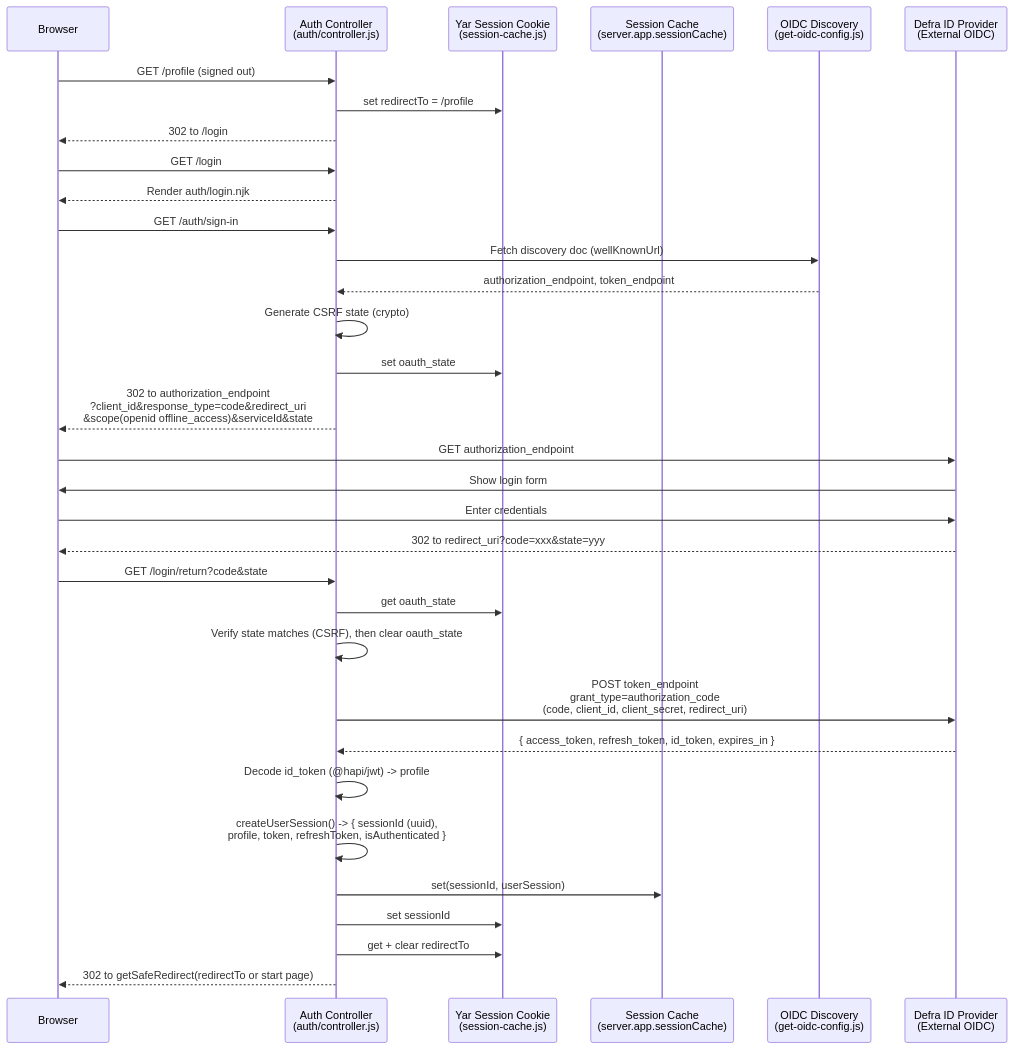
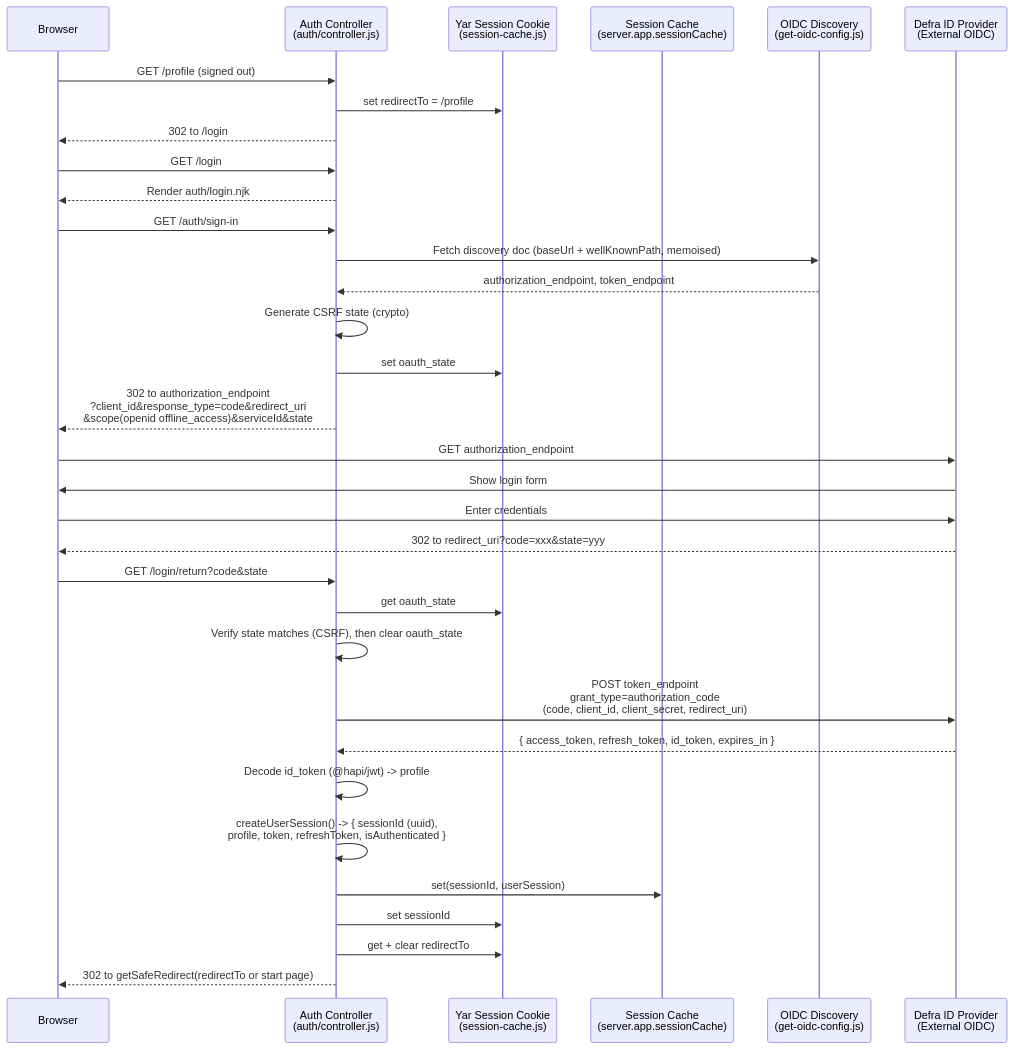
The diagram in docs/features/authentication/defra-id/sign-in-flow.mermaid (DEFRA/nrf-solution), drawn with Mermaid before and after one commit. The commit also changed 9 other files, not shown here.

```diff
--- a/docs/features/authentication/defra-id/sign-in-flow.mermaid
+++ b/docs/features/authentication/defra-id/sign-in-flow.mermaid
@@ -1,43 +1,43 @@
 sequenceDiagram
     participant Browser
     participant Ctrl as Auth Controller<br/>(auth/controller.js)
     participant Yar as Yar Session Cookie<br/>(session-cache.js)
     participant Cache as Session Cache<br/>(server.app.sessionCache)
     participant OIDC as OIDC Discovery<br/>(get-oidc-config.js)
     participant DefraID as Defra ID Provider<br/>(External OIDC)
 
     %% Signed-out GET for a protected route (redirect-to-sign-in.js onPreHandler)
     Browser->>Ctrl: GET /profile (signed out)
     Ctrl->>Yar: set redirectTo = /profile
     Ctrl-->>Browser: 302 to /login
 
     %% Login page
     Browser->>Ctrl: GET /login
     Ctrl-->>Browser: Render auth/login.njk
 
-    %% Start OAuth (manual, bypasses Bell redirect)
+    %% Start OAuth (hand-rolled authorize redirect)
     Browser->>Ctrl: GET /auth/sign-in
-    Ctrl->>OIDC: Fetch discovery doc (wellKnownUrl)
+    Ctrl->>OIDC: Fetch discovery doc (baseUrl + wellKnownPath, memoised)
     OIDC-->>Ctrl: authorization_endpoint, token_endpoint
     Ctrl->>Ctrl: Generate CSRF state (crypto)
     Ctrl->>Yar: set oauth_state
     Ctrl-->>Browser: 302 to authorization_endpoint<br/>?client_id&response_type=code&redirect_uri<br/>&scope(openid offline_access)&serviceId&state
     Browser->>DefraID: GET authorization_endpoint
 
     %% External authentication
     DefraID->>Browser: Show login form
     Browser->>DefraID: Enter credentials
     DefraID-->>Browser: 302 to redirect_uri?code=xxx&state=yyy
 
     %% Callback
     Browser->>Ctrl: GET /login/return?code&state
     Ctrl->>Yar: get oauth_state
     Ctrl->>Ctrl: Verify state matches (CSRF), then clear oauth_state
     Ctrl->>DefraID: POST token_endpoint<br/>grant_type=authorization_code<br/>(code, client_id, client_secret, redirect_uri)
     DefraID-->>Ctrl: { access_token, refresh_token, id_token, expires_in }
     Ctrl->>Ctrl: Decode id_token (@hapi/jwt) -> profile
     Ctrl->>Ctrl: createUserSession() -> { sessionId (uuid),<br/>profile, token, refreshToken, isAuthenticated }
     Ctrl->>Cache: set(sessionId, userSession)
     Ctrl->>Yar: set sessionId
     Ctrl->>Yar: get + clear redirectTo
     Ctrl-->>Browser: 302 to getSafeRedirect(redirectTo or start page)
```
